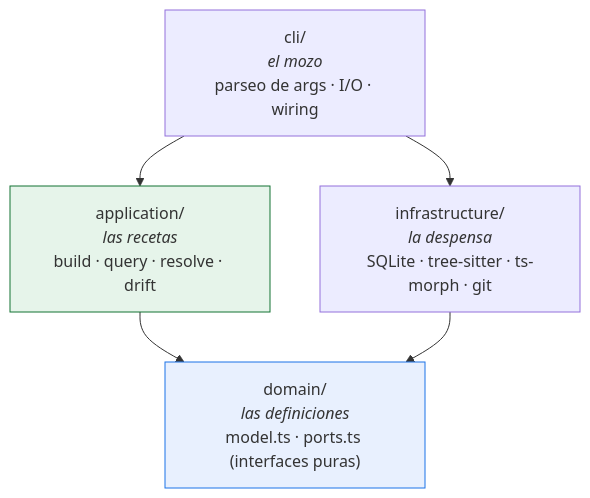
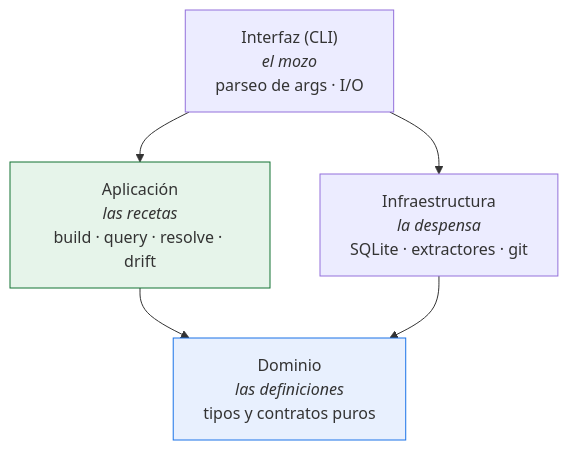
The first of 4 diagrams in docs/concepts/01-arquitectura.md (Kolimar/leina), drawn with Mermaid before and after one commit. The commit also changed other lines of this file and 22 other files, not shown here.

````diff
--- a/docs/concepts/01-arquitectura.md
+++ b/docs/concepts/01-arquitectura.md
@@ -30,15 +30,15 @@
 ```mermaid
 flowchart TD
-    cli["cli/<br/><i>el mozo</i><br/>parseo de args · I/O · wiring"]
-    app["application/<br/><i>las recetas</i><br/>build · query · resolve · drift"]
-    infra["infrastructure/<br/><i>la despensa</i><br/>SQLite · tree-sitter · ts-morph · git"]
-    domain["domain/<br/><i>las definiciones</i><br/>model.ts · ports.ts (interfaces puras)"]
+    cli["Interfaz (CLI)<br/><i>el mozo</i><br/>parseo de args · I/O"]
+    app["Aplicación<br/><i>las recetas</i><br/>build · query · resolve · drift"]
+    infra["Infraestructura<br/><i>la despensa</i><br/>SQLite · extractores · git"]
+    domain["Dominio<br/><i>las definiciones</i><br/>tipos y contratos puros"]
 
     cli --> app
     cli --> infra
     app --> domain
     infra --> domain
 
     style domain fill:#e8f0fe,stroke:#1a73e8
     style app fill:#e6f4ea,stroke:#137333
 ```
````
